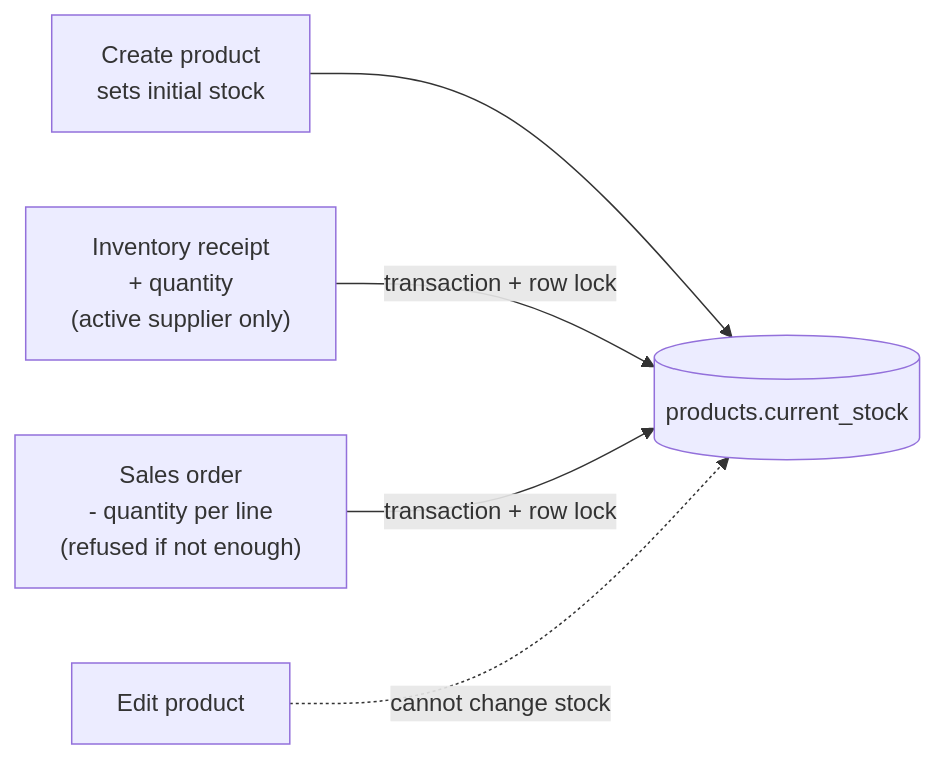
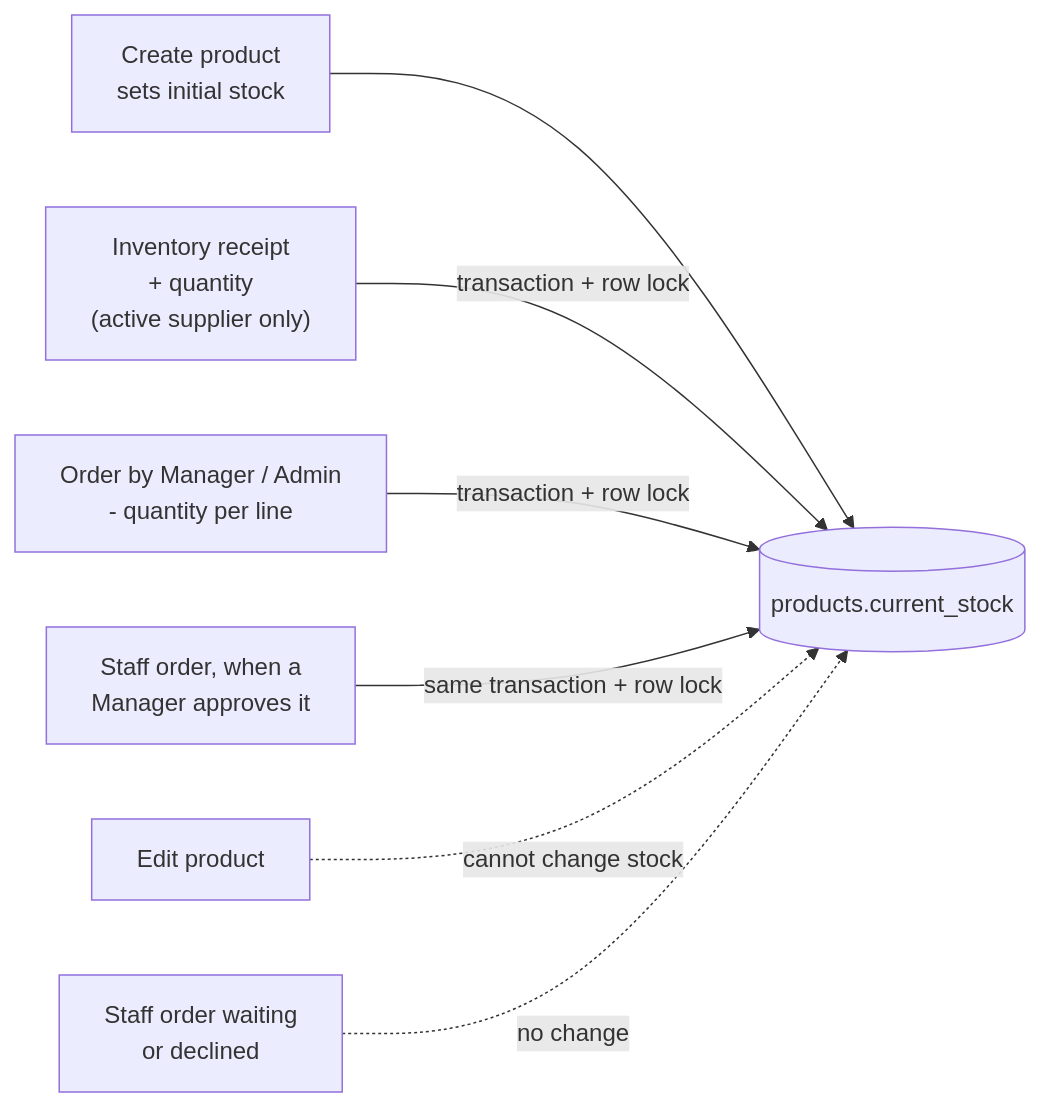
Before and after one commit to Pedriux0/inventory-ordering-portal: the third of 5 diagrams in README.md, drawn with Mermaid. The commit also changed other lines of this file, not shown here.

First line of the commit message:
README: live link, v2.3.0, and five diagrams

````diff
--- a/README.md
+++ b/README.md
@@ -66,7 +109,9 @@
 ```mermaid
 flowchart LR
     Create["Create product<br/>sets initial stock"] --> Stock[(products.current_stock)]
     Receipt["Inventory receipt<br/>+ quantity<br/>(active supplier only)"] -->|transaction + row lock| Stock
-    Order["Sales order<br/>- quantity per line<br/>(refused if not enough)"] -->|transaction + row lock| Stock
+    Direct["Order by Manager / Admin<br/>- quantity per line"] -->|transaction + row lock| Stock
+    Approved["Staff order, when a<br/>Manager approves it"] -->|same transaction + row lock| Stock
     Edit["Edit product"] -.->|cannot change stock| Stock
+    Pending["Staff order waiting<br/>or declined"] -.->|no change| Stock
 ```
````
